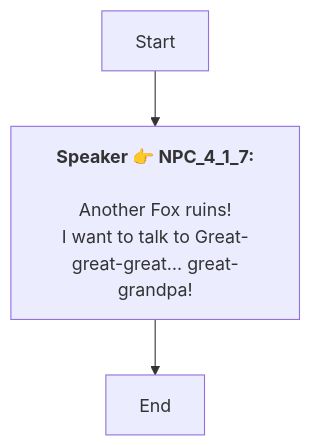
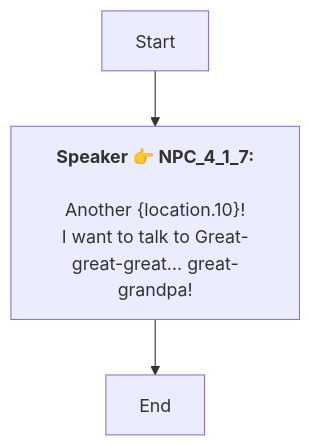
Before and after one commit to SoftHu/tos_avg: the diagram in En/QuestApproachDialogNode_1773747480549701.md, drawn with Mermaid. The commit also changed 730 other files, not shown here.

````diff
--- a/En/QuestApproachDialogNode_1773747480549701.md
+++ b/En/QuestApproachDialogNode_1773747480549701.md
@@ -1,8 +1,8 @@
 ```mermaid
 graph
 Start -->1773747512718665[<b>Speaker 👉 NPC_4_1_7:</b>
-\nAnother Fox ruins!
+\nAnother &lbrace;location.10&rbrace;!
 I want to talk to Great-great-great… great-grandpa!]
 1773747512718665 -->1773747514966346[End]
 
 ```
````
